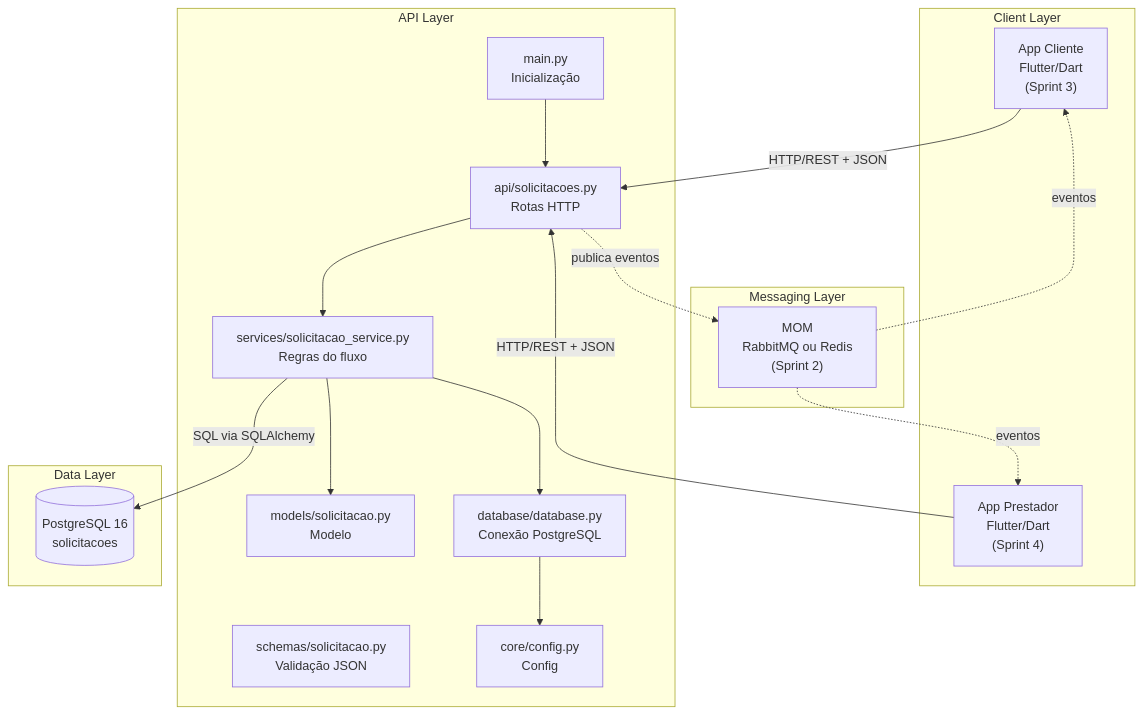
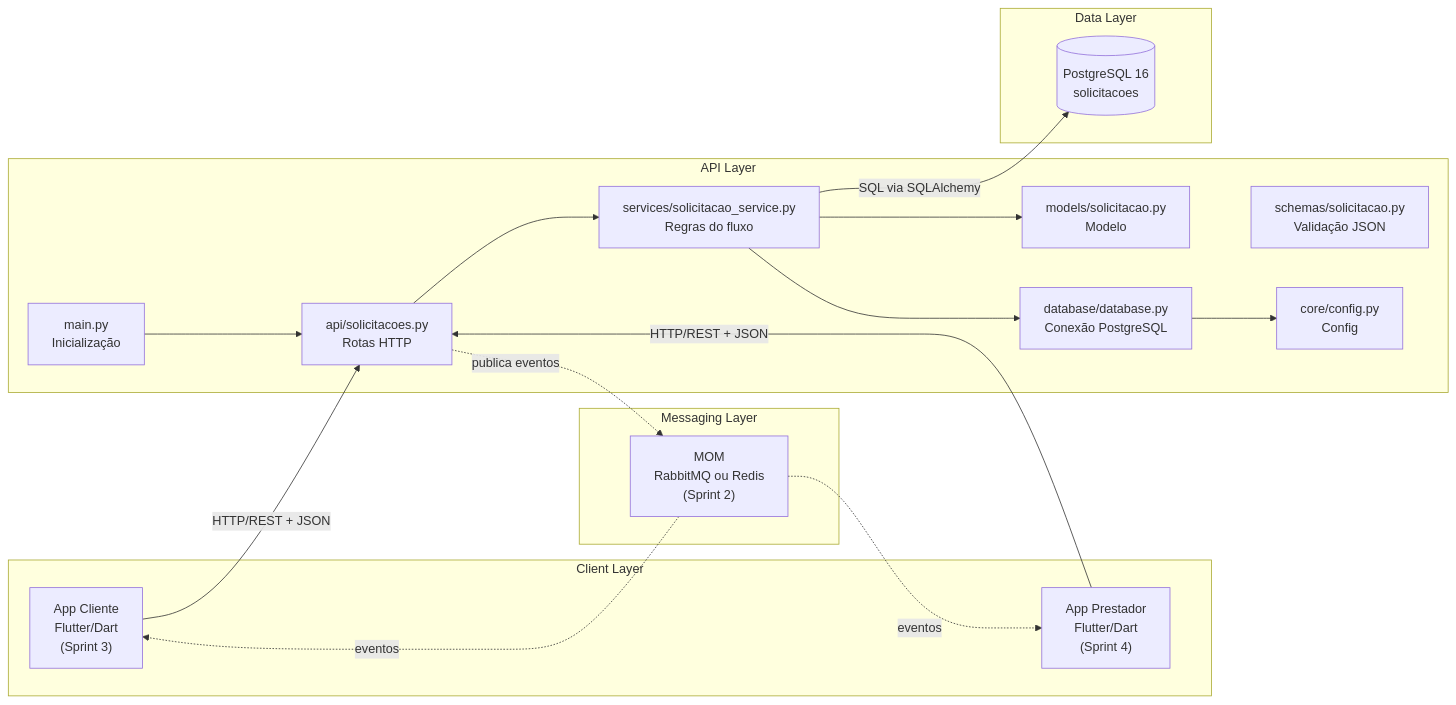
One commit to tulio44/ForgeDesk changed the diagram in Docs/diagrama-arquitetura.md. Above: the diagram before and after it, drawn with Mermaid.

````diff
--- a/Docs/diagrama-arquitetura.md
+++ b/Docs/diagrama-arquitetura.md
@@ -14,40 +14,40 @@
 ```mermaid
-flowchart TD
+flowchart LR
     subgraph "Client Layer"
         CLIENTE["App Cliente<br/>Flutter/Dart<br/>(Sprint 3)"]
         PRESTADOR["App Prestador<br/>Flutter/Dart<br/>(Sprint 4)"]
     end
 
     subgraph "API Layer"
         MAIN["main.py<br/>Inicialização"]
         API["api/solicitacoes.py<br/>Rotas HTTP"]
         SERVICE["services/solicitacao_service.py<br/>Regras do fluxo"]
         SCHEMA["schemas/solicitacao.py<br/>Validação JSON"]
         MODEL["models/solicitacao.py<br/>Modelo"]
         DATABASE["database/database.py<br/>Conexão PostgreSQL"]
         CONFIG["core/config.py<br/>Config"]
     end
 
     subgraph "Data Layer"
         DB[("PostgreSQL 16<br/>solicitacoes")]
     end
 
     subgraph "Messaging Layer"
         MOM["MOM<br/>RabbitMQ ou Redis<br/>(Sprint 2)"]
     end
 
     CLIENTE -->|"HTTP/REST + JSON"| API
     PRESTADOR -->|"HTTP/REST + JSON"| API
 
     API --> SERVICE
     SERVICE --> MODEL
     SERVICE --> DATABASE
     DATABASE --> CONFIG
     SERVICE -->|"SQL via SQLAlchemy"| DB
 
     API -.->|"publica eventos"| MOM
     MOM -.->|"eventos"| PRESTADOR
     MOM -.->|"eventos"| CLIENTE
 
     MAIN --> API
 ```
````
